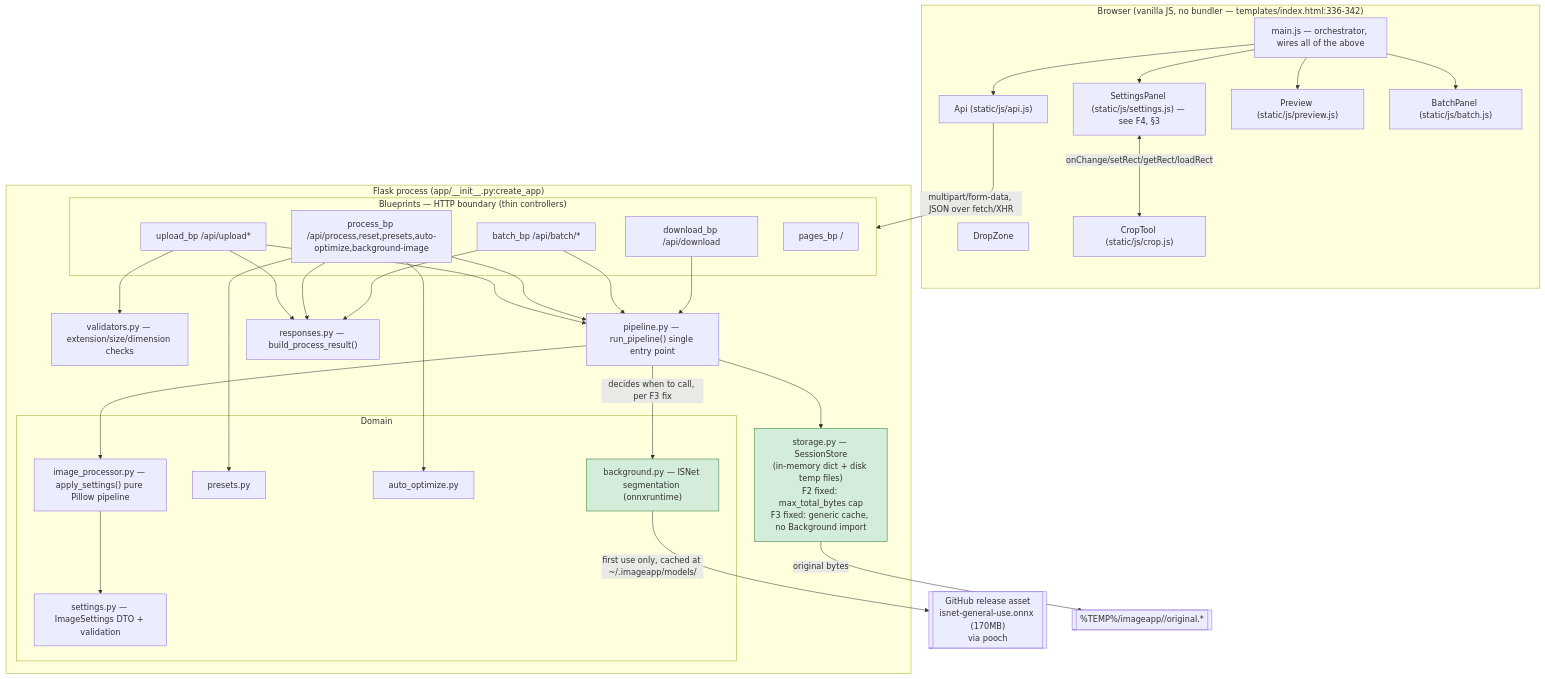
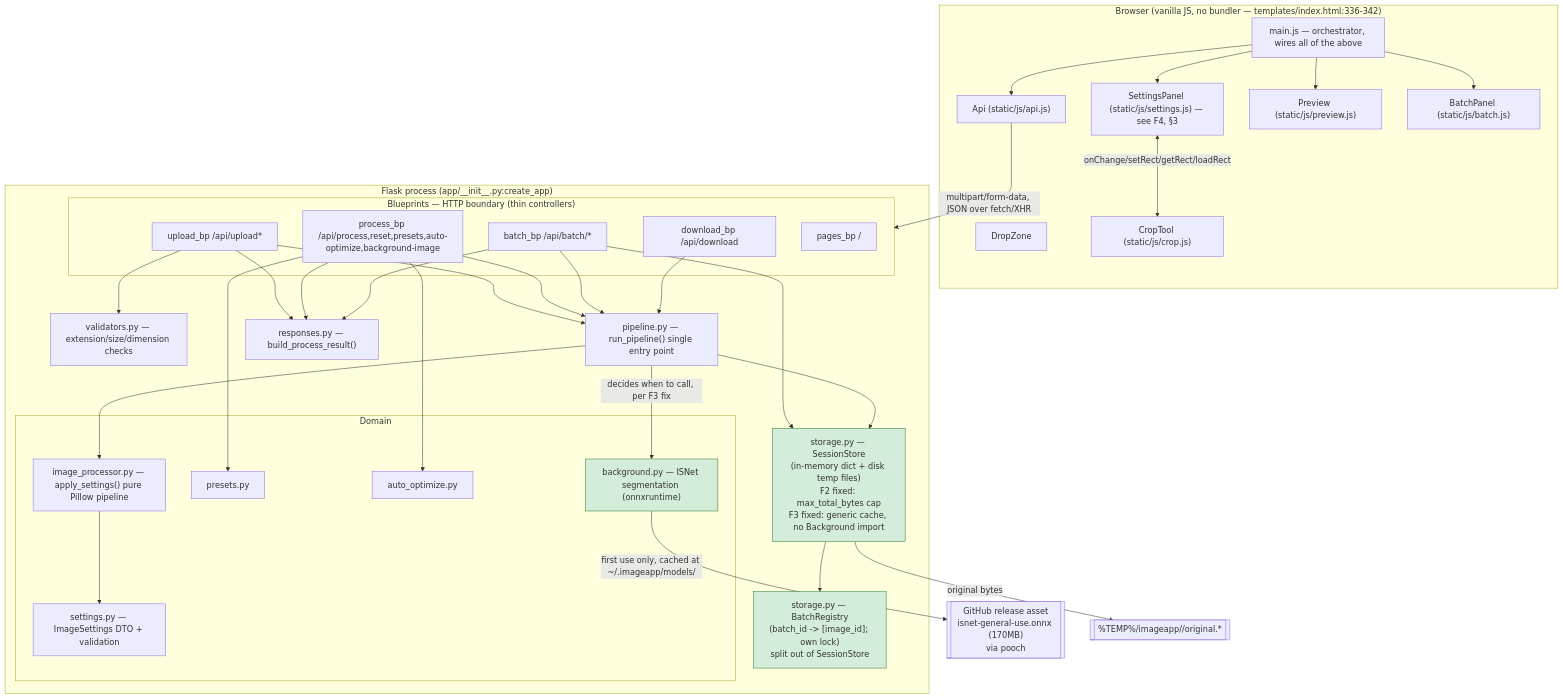
One commit to Obinwanne1/image-optimizer changed the diagram in audits/architecture-audit.md. Above: the diagram before and after it, drawn with Mermaid. The commit also changed other lines of this file and 2 other files, not shown here.

First line of the commit message:
Close remaining modularity gaps: split BatchRegistry out of SessionStore, add fail-fast to inference throttle

````diff
--- a/audits/architecture-audit.md
+++ b/audits/architecture-audit.md
@@ -423,65 +432,68 @@
 ```mermaid
 flowchart TB
     subgraph Browser["Browser (vanilla JS, no bundler — templates/index.html:336-342)"]
         DropZone
         Api["Api (static/js/api.js)"]
         SettingsPanel["SettingsPanel (static/js/settings.js) — see F4, §3"]
         CropTool["CropTool (static/js/crop.js)"]
         Preview["Preview (static/js/preview.js)"]
         BatchPanel["BatchPanel (static/js/batch.js)"]
         MainJS["main.js — orchestrator, wires all of the above"]
         MainJS --> Api
         MainJS --> SettingsPanel
         MainJS --> Preview
         MainJS --> BatchPanel
         SettingsPanel <-->|"onChange/setRect/getRect/loadRect"| CropTool
     end
 
     Api -->|"multipart/form-data, JSON over fetch/XHR"| Blueprints
 
     subgraph Flask["Flask process (app/__init__.py:create_app)"]
         subgraph Blueprints["Blueprints — HTTP boundary (thin controllers)"]
             Upload["upload_bp /api/upload*"]
             Process["process_bp /api/process,reset,presets,auto-optimize,background-image"]
             Download["download_bp /api/download"]
             Batch["batch_bp /api/batch/*"]
             Pages["pages_bp  /"]
         end
 
         Validators["validators.py — extension/size/dimension checks"]
         Pipeline["pipeline.py — run_pipeline() single entry point"]
         Responses["responses.py — build_process_result()"]
 
         subgraph Domain["Domain"]
             ImageProcessor["image_processor.py — apply_settings() pure Pillow pipeline"]
             SettingsModel["settings.py — ImageSettings DTO + validation"]
             Presets["presets.py"]
             AutoOptimize["auto_optimize.py"]
             Background["background.py — ISNet segmentation (onnxruntime)"]
         end
 
         Storage["storage.py — SessionStore\n(in-memory dict + disk temp files)\nF2 fixed: max_total_bytes cap\nF3 fixed: generic cache, no Background import"]
+        BatchRegistry["storage.py — BatchRegistry\n(batch_id -> [image_id]; own lock)\nsplit out of SessionStore"]
 
         Upload --> Validators
         Upload --> Pipeline
         Process --> Pipeline
         Process --> Presets
         Process --> AutoOptimize
         Batch --> Pipeline
+        Batch --> Storage
         Download --> Pipeline
         Pipeline --> Storage
         Pipeline --> ImageProcessor
         Pipeline -->|"decides when to call, per F3 fix"| Background
+        Storage --> BatchRegistry
         Upload --> Responses
         Process --> Responses
         Batch --> Responses
         ImageProcessor --> SettingsModel
     end
 
     Background -->|"first use only, cached at ~/.imageapp/models/"| ExternalModel[["GitHub release asset\nisnet-general-use.onnx (170MB)\nvia pooch"]]
 
     Storage -->|"original bytes"| DiskTemp[["%TEMP%/imageapp/<image_id>/original.*"]]
 
     classDef fixed fill:#d4edda,stroke:#2e7d32
-    class Storage,Background fixed
+    class Storage,Background,BatchRegistry fixed
 ```
````
